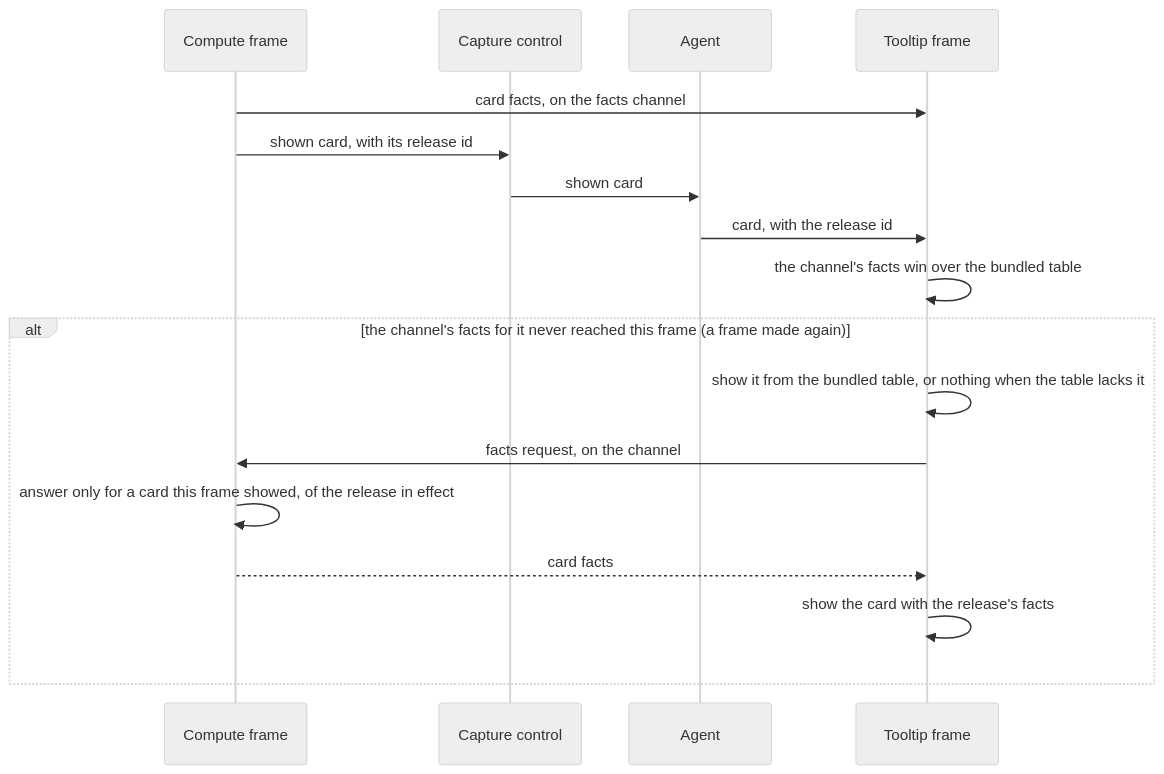
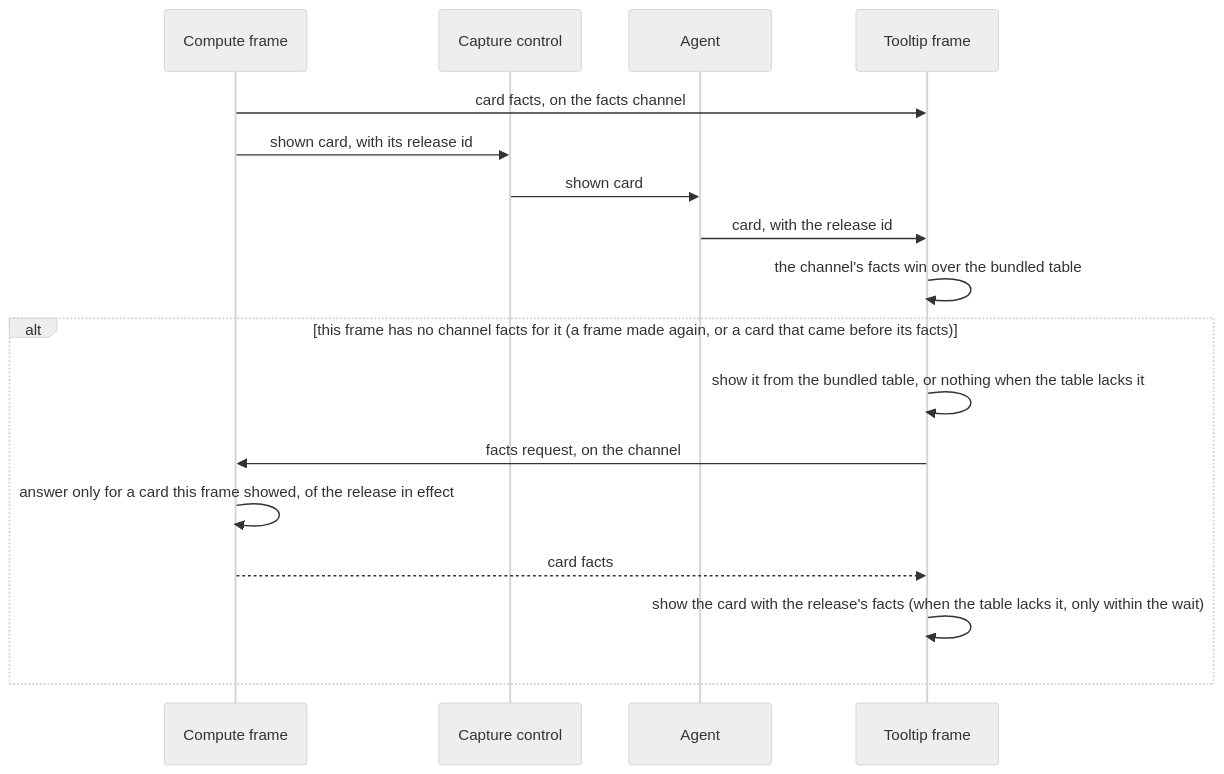
Diagram 14 of 14 in docs/hover-map.md (ryangswe/kenbunshoku), drawn with Mermaid (neutral theme) before and after one commit. The commit also changed other lines of this file and 4 other files, not shown here.

````diff
--- a/docs/hover-map.md
+++ b/docs/hover-map.md
@@ -499,20 +575,20 @@
 ```mermaid
 sequenceDiagram
   participant CF as Compute frame
   participant CC as Capture control
   participant AG as Agent
   participant TF as Tooltip frame
 
   CF->>TF: card facts, on the facts channel
   CF->>CC: shown card, with its release id
   CC->>AG: shown card
   AG->>TF: card, with the release id
   TF->>TF: the channel's facts win over the bundled table
-  alt the channel's facts for it never reached this frame (a frame made again)
+  alt this frame has no channel facts for it (a frame made again, or a card that came before its facts)
     TF->>TF: show it from the bundled table, or nothing when the table lacks it
     TF->>CF: facts request, on the channel
     CF->>CF: answer only for a card this frame showed, of the release in effect
     CF-->>TF: card facts
-    TF->>TF: show the card with the release's facts
+    TF->>TF: show the card with the release's facts (when the table lacks it, only within the wait)
   end
 ```
````
